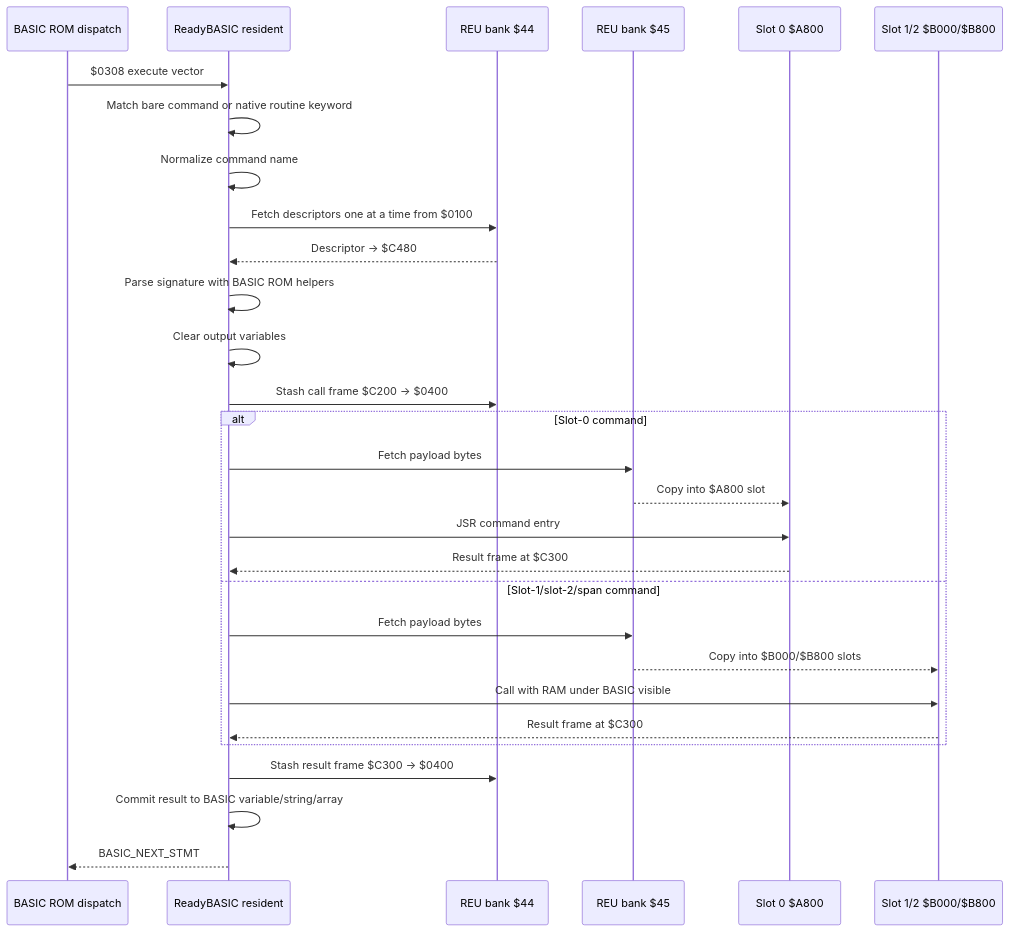
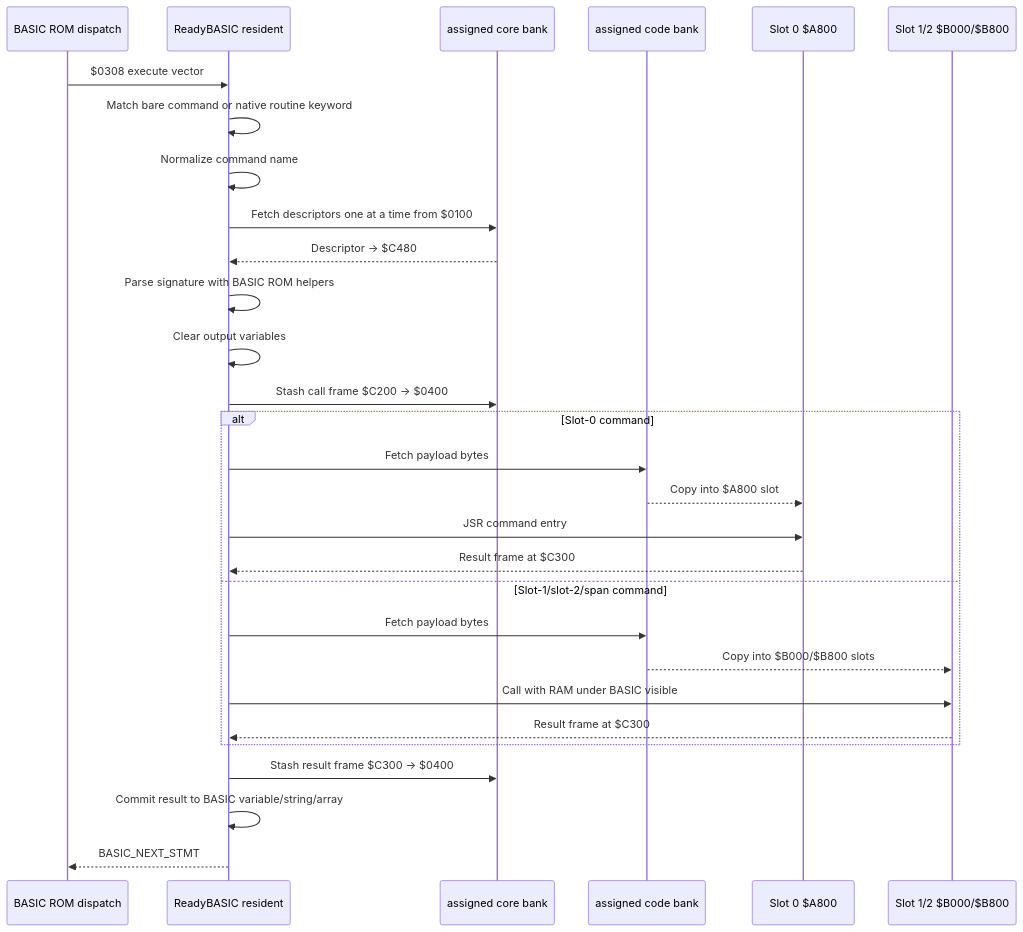
One commit to 123Onetwothree123/6502 changed the seventh of 8 diagrams in src/apps/readybasic/READYBASIC_LIFECYCLE_AND_REU_ARCHITECTURE.md. Above: the diagram before and after it, drawn with Mermaid. The commit also changed other lines of this file and 19 other files, not shown here.

````diff
--- a/src/apps/readybasic/READYBASIC_LIFECYCLE_AND_REU_ARCHITECTURE.md
+++ b/src/apps/readybasic/READYBASIC_LIFECYCLE_AND_REU_ARCHITECTURE.md
@@ -514,32 +516,32 @@
 ```mermaid
 sequenceDiagram
   participant BASIC as BASIC ROM dispatch
   participant RES as ReadyBASIC resident
-  participant R44 as REU bank $44
-  participant R45 as REU bank $45
+  participant R44 as assigned core bank
+  participant R45 as assigned code bank
   participant LOW as Slot 0 $A800
   participant HID as Slot 1/2 $B000/$B800
 
   BASIC->>RES: $0308 execute vector
   RES->>RES: Match bare command or native routine keyword
   RES->>RES: Normalize command name
   RES->>R44: Fetch descriptors one at a time from $0100
   R44-->>RES: Descriptor -> $C480
   RES->>RES: Parse signature with BASIC ROM helpers
   RES->>RES: Clear output variables
   RES->>R44: Stash call frame $C200 -> $0400
   alt Slot-0 command
     RES->>R45: Fetch payload bytes
     R45-->>LOW: Copy into $A800 slot
     RES->>LOW: JSR command entry
     LOW-->>RES: Result frame at $C300
   else Slot-1/slot-2/span command
     RES->>R45: Fetch payload bytes
     R45-->>HID: Copy into $B000/$B800 slots
     RES->>HID: Call with RAM under BASIC visible
     HID-->>RES: Result frame at $C300
   end
   RES->>R44: Stash result frame $C300 -> $0400
   RES->>RES: Commit result to BASIC variable/string/array
   RES-->>BASIC: BASIC_NEXT_STMT
 ```
````
